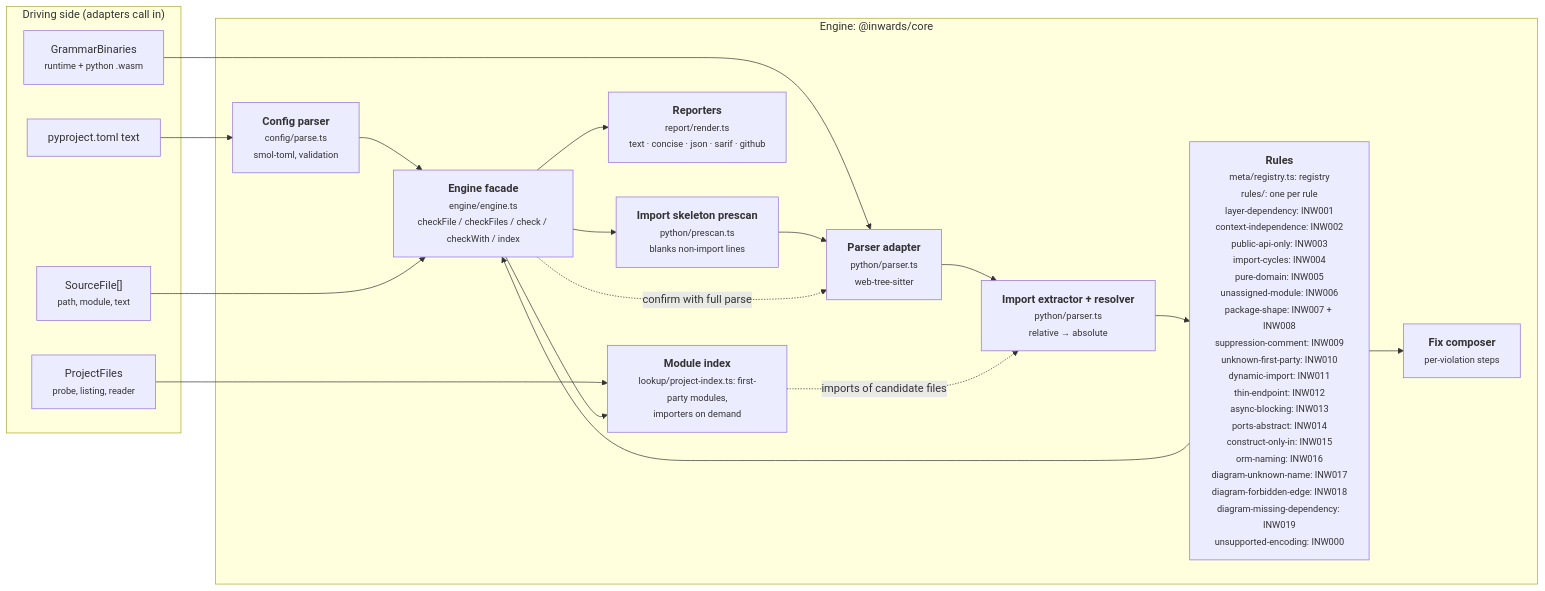
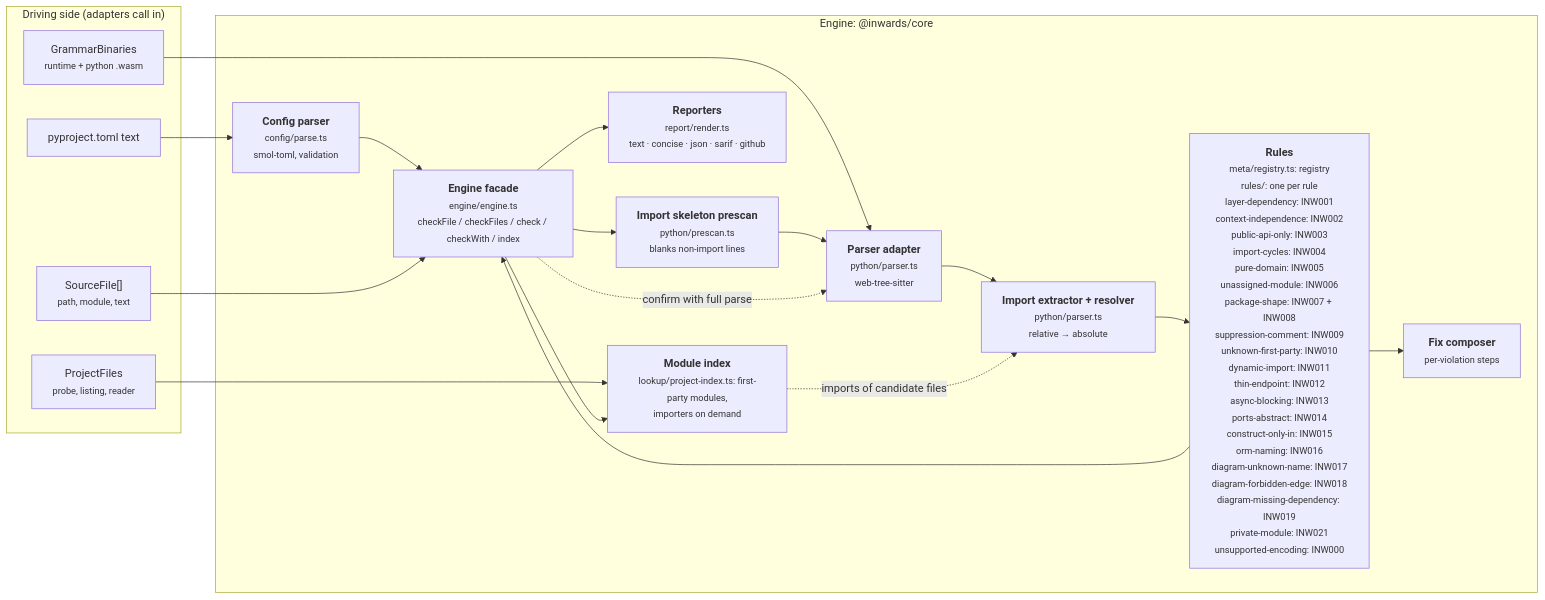
The third of 6 diagrams in docs/chapters/03-Architecture-C4.md (SirCypkowskyy/inwards), drawn with Mermaid before and after one commit. The commit also changed other lines of this file and 37 other files, not shown here.

````diff
--- a/docs/chapters/03-Architecture-C4.md
+++ b/docs/chapters/03-Architecture-C4.md
@@ -105,33 +105,33 @@
 ```mermaid
 flowchart LR
     subgraph driving["Driving side (adapters call in)"]
         files["SourceFile[]<br/><small>path, module, text</small>"]
         pfiles["ProjectFiles<br/><small>probe, listing, reader</small>"]
         cfgtext["pyproject.toml text"]
         wasm["GrammarBinaries<br/><small>runtime + python .wasm</small>"]
     end
 
     subgraph enginebox["Engine: @inwards/core"]
         config["<b>Config parser</b><br/><small>config/parse.ts<br/>smol-toml, validation</small>"]
         pre["<b>Import skeleton prescan</b><br/><small>python/prescan.ts<br/>blanks non-import lines</small>"]
         parser["<b>Parser adapter</b><br/><small>python/parser.ts<br/>web-tree-sitter</small>"]
         extract["<b>Import extractor + resolver</b><br/><small>python/parser.ts<br/>relative → absolute</small>"]
-        rules["<b>Rules</b><br/><small>meta/registry.ts: registry<br/>rules/: one per rule<br/>layer-dependency: INW001<br/>context-independence: INW002<br/>public-api-only: INW003<br/>import-cycles: INW004<br/>pure-domain: INW005<br/>unassigned-module: INW006<br/>package-shape: INW007 + INW008<br/>suppression-comment: INW009<br/>unknown-first-party: INW010<br/>dynamic-import: INW011<br/>thin-endpoint: INW012<br/>async-blocking: INW013<br/>ports-abstract: INW014<br/>construct-only-in: INW015<br/>orm-naming: INW016<br/>diagram-unknown-name: INW017<br/>diagram-forbidden-edge: INW018<br/>diagram-missing-dependency: INW019<br/>unsupported-encoding: INW000</small>"]
+        rules["<b>Rules</b><br/><small>meta/registry.ts: registry<br/>rules/: one per rule<br/>layer-dependency: INW001<br/>context-independence: INW002<br/>public-api-only: INW003<br/>import-cycles: INW004<br/>pure-domain: INW005<br/>unassigned-module: INW006<br/>package-shape: INW007 + INW008<br/>suppression-comment: INW009<br/>unknown-first-party: INW010<br/>dynamic-import: INW011<br/>thin-endpoint: INW012<br/>async-blocking: INW013<br/>ports-abstract: INW014<br/>construct-only-in: INW015<br/>orm-naming: INW016<br/>diagram-unknown-name: INW017<br/>diagram-forbidden-edge: INW018<br/>diagram-missing-dependency: INW019<br/>private-module: INW021<br/>unsupported-encoding: INW000</small>"]
         fix["<b>Fix composer</b><br/><small>per-violation steps</small>"]
         report["<b>Reporters</b><br/><small>report/render.ts<br/>text · concise · json · sarif · github</small>"]
         engine["<b>Engine facade</b><br/><small>engine/engine.ts<br/>checkFile / checkFiles / check / checkWith / index</small>"]
         modgraph["<b>Module index</b><br/><small>lookup/project-index.ts: first-party modules,<br/>importers on demand</small>"]
     end
 
     cfgtext --> config --> engine
     wasm --> parser
     files --> engine
     engine --> pre --> parser --> extract --> rules
     rules --> fix
     rules --> engine
     engine -. "confirm with full parse" .-> parser
     pfiles --> modgraph
     engine --> modgraph
     modgraph -. "imports of candidate files" .-> extract
     engine --> report
 ```
````
